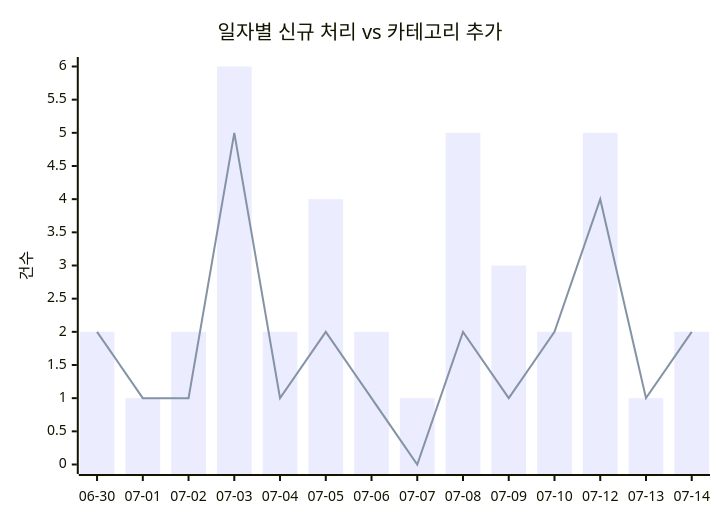
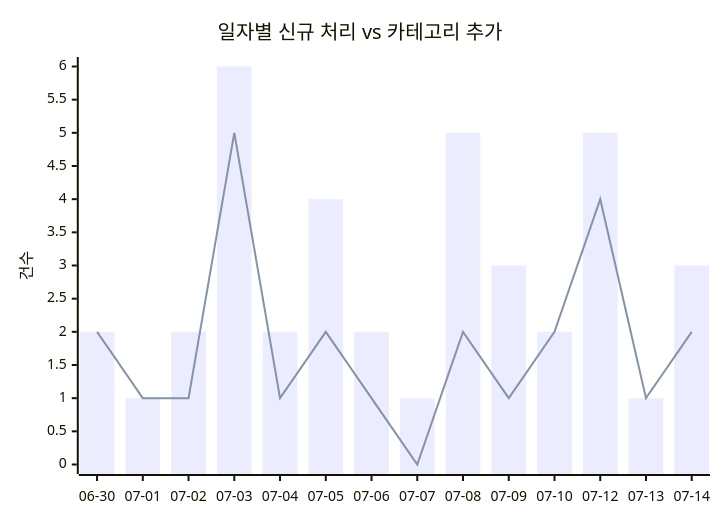
The first of 2 diagrams in docs/trends.md (J-nowcow/awesome-korean-agent-skills), drawn with Mermaid before and after one commit. The commit also changed other lines of this file and 2 other files, not shown here.

````diff
--- a/docs/trends.md
+++ b/docs/trends.md
@@ -32,8 +32,8 @@
 ```mermaid
 xychart-beta
     title "일자별 신규 처리 vs 카테고리 추가"
     x-axis ["06-30","07-01","07-02","07-03","07-04","07-05","07-06","07-07","07-08","07-09","07-10","07-12","07-13","07-14"]
     y-axis "건수"
-    bar [2,1,2,6,2,4,2,1,5,3,2,5,1,2]
+    bar [2,1,2,6,2,4,2,1,5,3,2,5,1,3]
     line [2,1,1,5,1,2,1,0,2,1,2,4,1,2]
 ```
````
